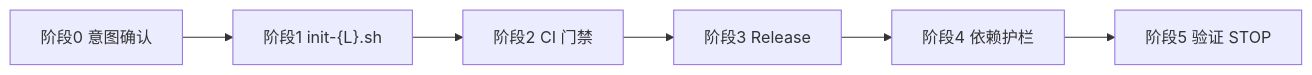
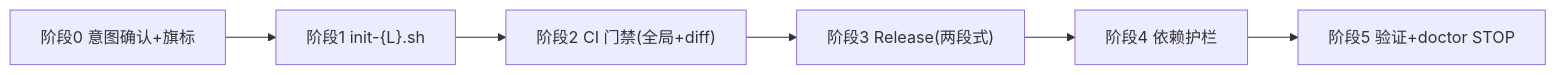
The diagram in README.md (Kirky-X/pangu), drawn with Mermaid before and after one commit. The commit also changed other lines of this file and 2 other files, not shown here.

First line of the commit message:
docs: 同步 SKILL/README（双门禁/参数化/两段式发布/doctor）

````diff
--- a/README.md
+++ b/README.md
@@ -54,4 +58,4 @@
 ```mermaid
 flowchart LR
-    A["阶段0 意图确认"] --> B["阶段1 init-{L}.sh"] --> C["阶段2 CI 门禁"] --> D["阶段3 Release"] --> E["阶段4 依赖护栏"] --> F["阶段5 验证 STOP"]
+    A["阶段0 意图确认+旗标"] --> B["阶段1 init-{L}.sh"] --> C["阶段2 CI 门禁(全局+diff)"] --> D["阶段3 Release(两段式)"] --> E["阶段4 依赖护栏"] --> F["阶段5 验证+doctor STOP"]
 ```
````
